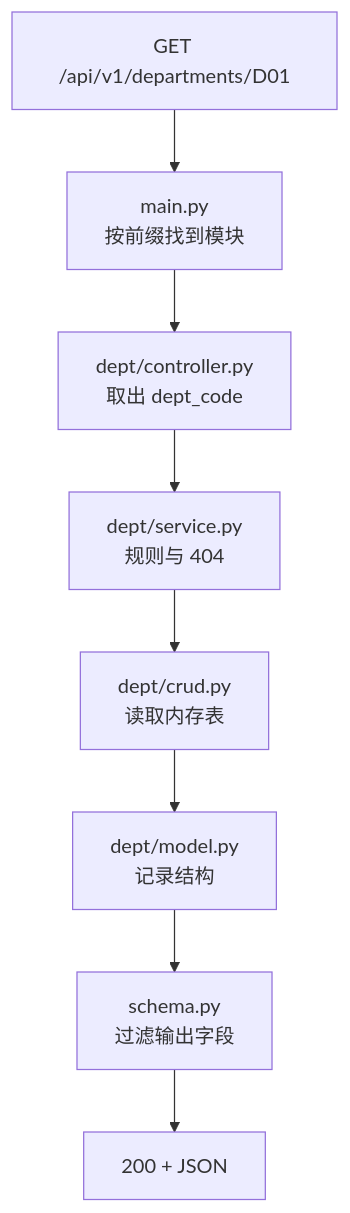
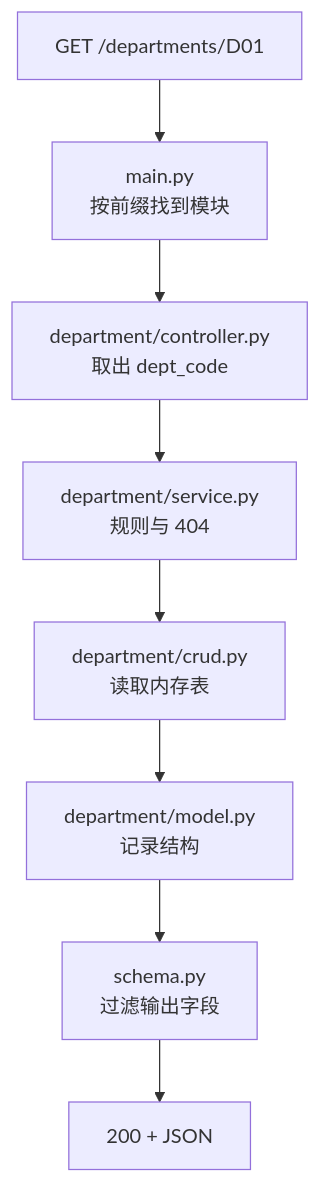
The first of 2 diagrams in 软件工程实践-2.0/05-项目初始化与版本控制.md (PrinZzzzjn/software-engineering-textbook), drawn with Mermaid before and after one commit. The commit also changed other lines of this file and 372 other files, not shown here.

````diff
--- a/软件工程实践-2.0/05-项目初始化与版本控制.md
+++ b/软件工程实践-2.0/05-项目初始化与版本控制.md
@@ -108,10 +108,10 @@
 ```mermaid
 flowchart TD
-    A[GET /api/v1/departments/D01] --> B[main.py<br/>按前缀找到模块]
-    B --> C[dept/controller.py<br/>取出 dept_code]
-    C --> D[dept/service.py<br/>规则与 404]
-    D --> E[dept/crud.py<br/>读取内存表]
-    E --> F[dept/model.py<br/>记录结构]
+    A[GET /departments/D01] --> B[main.py<br/>按前缀找到模块]
+    B --> C[department/controller.py<br/>取出 dept_code]
+    C --> D[department/service.py<br/>规则与 404]
+    D --> E[department/crud.py<br/>读取内存表]
+    E --> F[department/model.py<br/>记录结构]
     F --> G[schema.py<br/>过滤输出字段]
     G --> H[200 + JSON]
 ```
````
